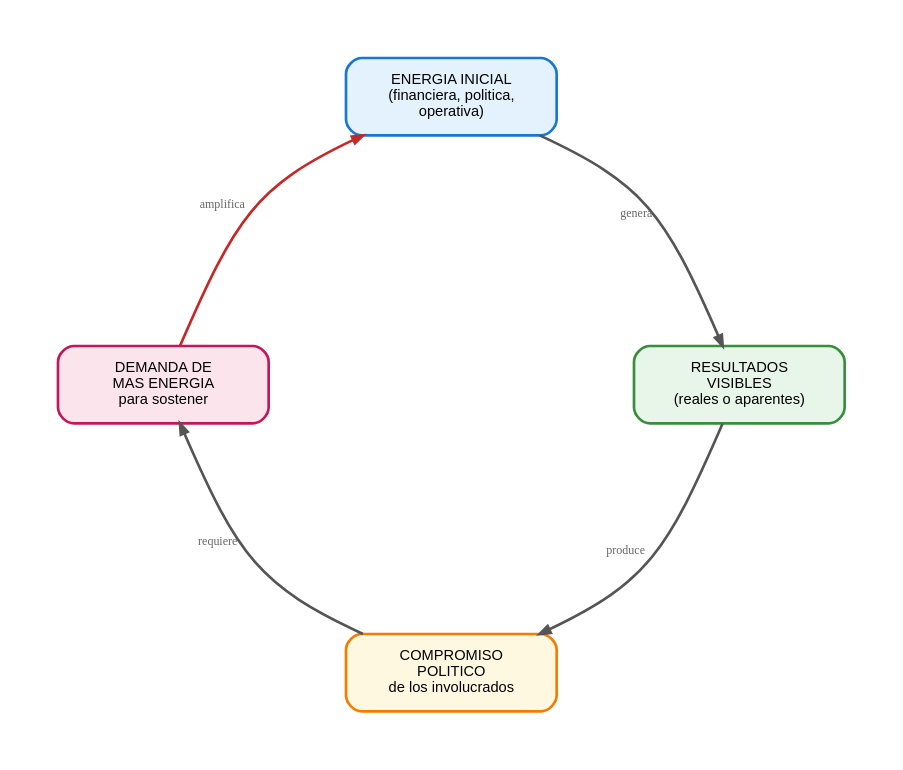
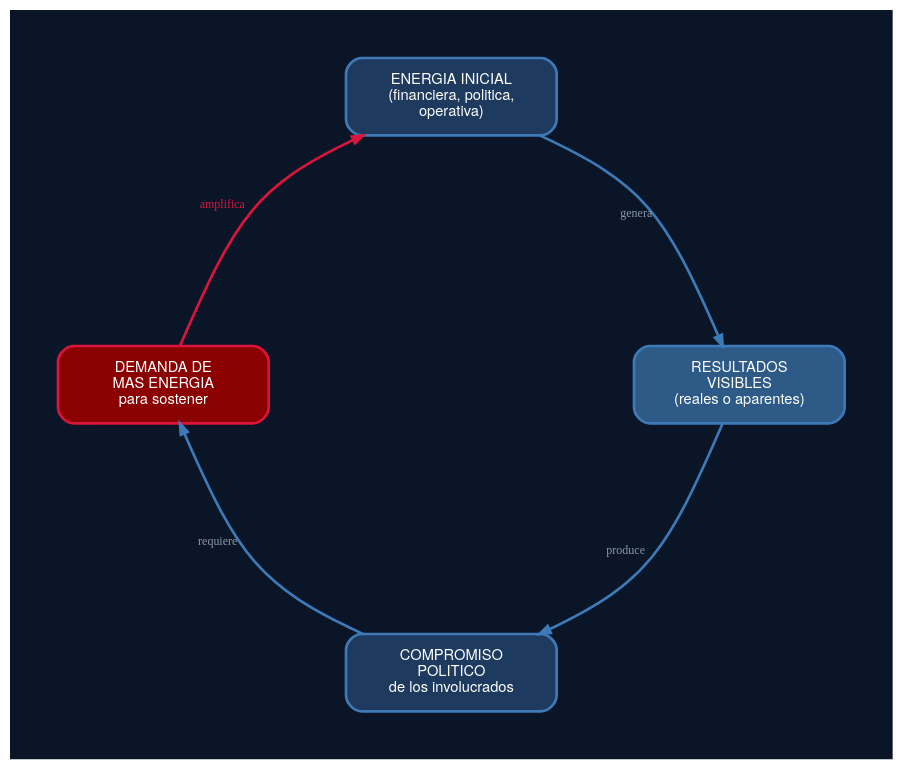
The diagram in assets/diagrams/B1-loop-poder.dot (gonzalezulises/mas-control-mas-caos), drawn with Graphviz before and after one commit. The commit also changed 11 other files, not shown here.

First line of the commit message:
Update all diagrams to match cover color palette

```diff
--- a/assets/diagrams/B1-loop-poder.dot
+++ b/assets/diagrams/B1-loop-poder.dot
@@ -1,39 +1,41 @@
 digraph LoopPoder {
     // Layout circular
     layout=neato;
 
-    // Configuracion global
-    bgcolor="white";
+    // Configuracion global - paleta portada
+    bgcolor="#0a1628";
     pad=0.5;
     splines=curved;
 
     // Estilo de nodos
     node [
         shape=box,
         style="rounded,filled",
-        fontname="Arial",
+        fontname="Helvetica Neue",
         fontsize=11,
+        fontcolor="#ffffff",
         width=2.2,
         height=0.8,
         penwidth=2
     ];
 
     // Estilo de flechas
     edge [
         penwidth=2,
-        color="#555555",
+        color="#3d7ab7",
+        fontcolor="#8899aa",
         arrowsize=0.8
     ];
 
     // Nodos con posiciones fijas (energia arriba)
-    A [label="ENERGIA INICIAL\n(financiera, politica,\noperativa)", fillcolor="#e3f2fd", color="#1976d2", pos="0,3!"];
-    B [label="RESULTADOS\nVISIBLES\n(reales o aparentes)", fillcolor="#e8f5e9", color="#388e3c", pos="3,0!"];
-    C [label="COMPROMISO\nPOLITICO\nde los involucrados", fillcolor="#fff8e1", color="#f57c00", pos="0,-3!"];
-    D [label="DEMANDA DE\nMAS ENERGIA\npara sostener", fillcolor="#fce4ec", color="#c2185b", pos="-3,0!"];
+    A [label="ENERGIA INICIAL\n(financiera, politica,\noperativa)", fillcolor="#1e3a5f", color="#3d7ab7", pos="0,3!"];
+    B [label="RESULTADOS\nVISIBLES\n(reales o aparentes)", fillcolor="#2d5a87", color="#3d7ab7", pos="3,0!"];
+    C [label="COMPROMISO\nPOLITICO\nde los involucrados", fillcolor="#1e3a5f", color="#3d7ab7", pos="0,-3!"];
+    D [label="DEMANDA DE\nMAS ENERGIA\npara sostener", fillcolor="#8b0000", color="#dc143c", pos="-3,0!"];
 
     // Conexiones del loop (sentido horario desde arriba)
-    A -> B [label="genera", fontsize=9, fontcolor="#666666"];
-    B -> C [label="produce", fontsize=9, fontcolor="#666666"];
-    C -> D [label="requiere", fontsize=9, fontcolor="#666666"];
-    D -> A [label="amplifica", fontsize=9, fontcolor="#666666", style=bold, color="#c62828"];
+    A -> B [label="genera", fontsize=9];
+    B -> C [label="produce", fontsize=9];
+    C -> D [label="requiere", fontsize=9];
+    D -> A [label="amplifica", fontsize=9, style=bold, color="#dc143c", fontcolor="#dc143c"];
 }
```
